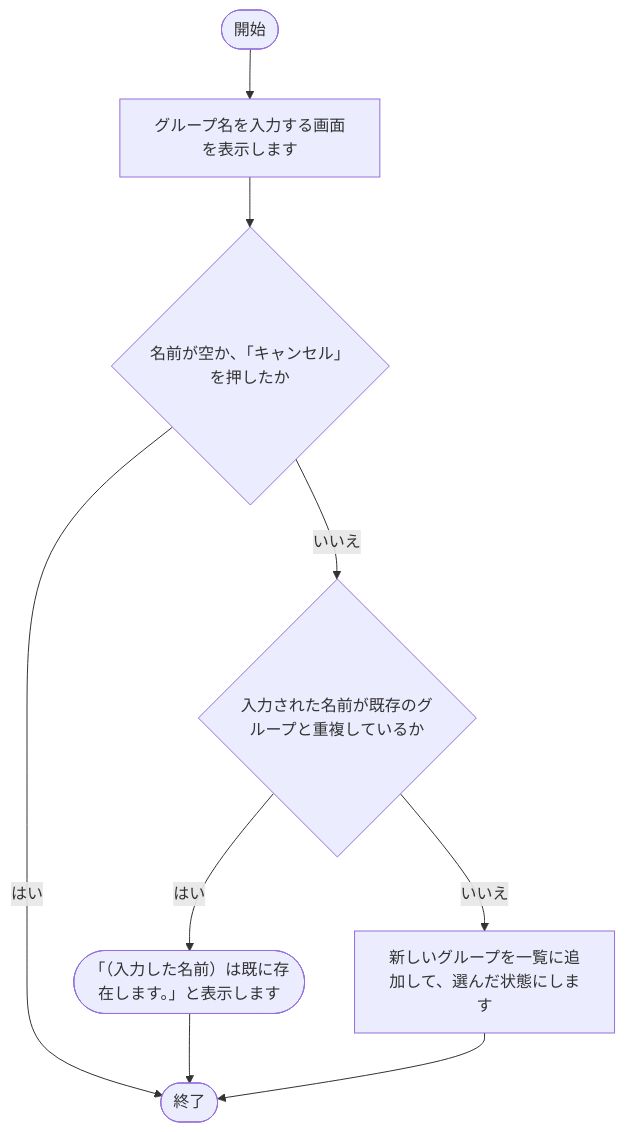
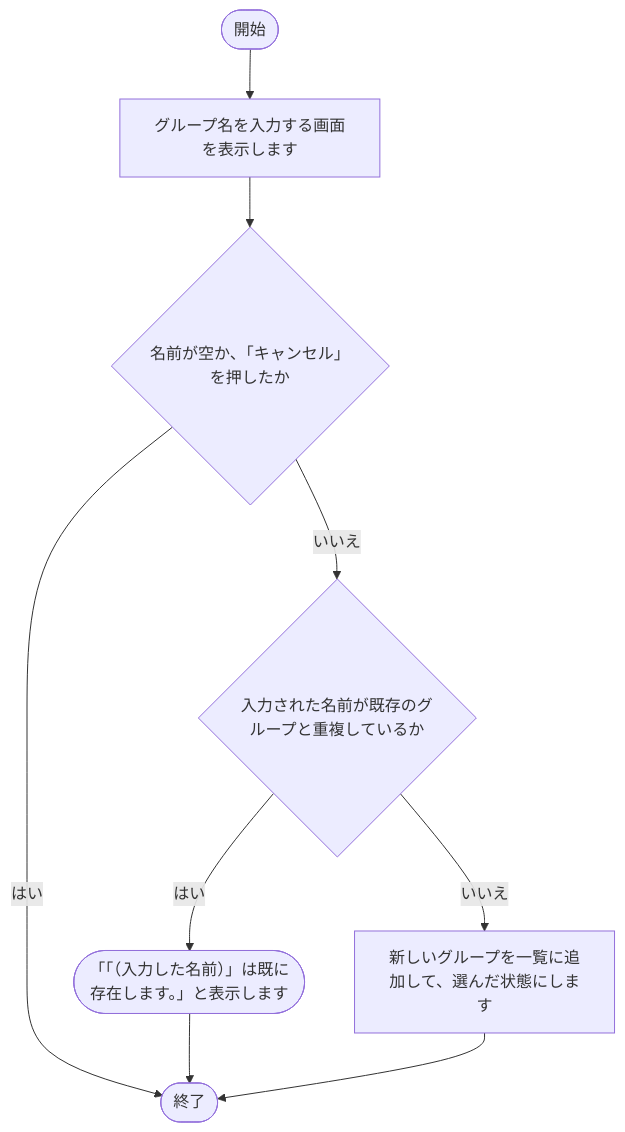
Before and after one commit to nishida2073/project_management: the seventh of 13 diagrams in tool/package-generator/doc/02_設計/処理フロー.md, drawn with Mermaid. The commit also changed other lines of this file and 4 other files, not shown here.

````diff
--- a/tool/package-generator/doc/02_設計/処理フロー.md
+++ b/tool/package-generator/doc/02_設計/処理フロー.md
@@ -217,18 +230,18 @@
 ```mermaid
 flowchart TD
     S(["開始"])
     E(["終了"])
     N1["グループ名を入力する画面を表示します"]
     S --> N1
     N0{"名前が空か、「キャンセル」を押したか"}
     N1 --> N0
     N0 -- はい --> E
     N2{"入力された名前が既存のグループと重複しているか"}
     N0 -- いいえ --> N2
-    X2(["「（入力した名前）は既に存在します。」と表示します"])
+    X2(["「「（入力した名前）」は既に存在します。」と表示します"])
     N2 -- はい --> X2
     X2 --> E
     N3["新しいグループを一覧に追加して、選んだ状態にします"]
     N2 -- いいえ --> N3
     N3 --> E
 ```
````
